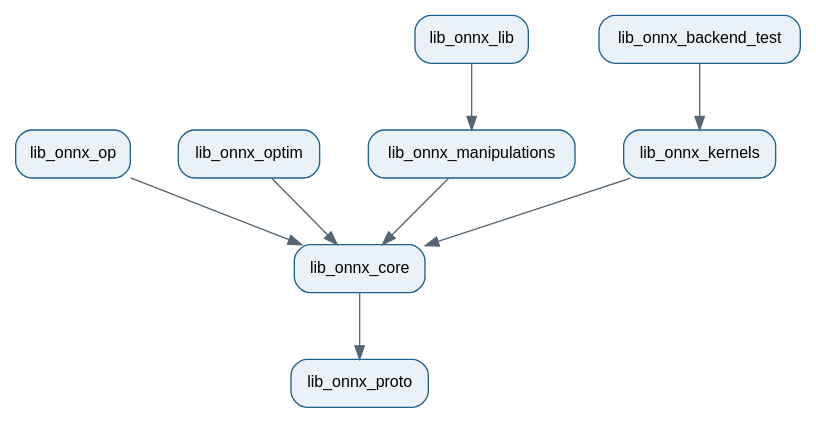
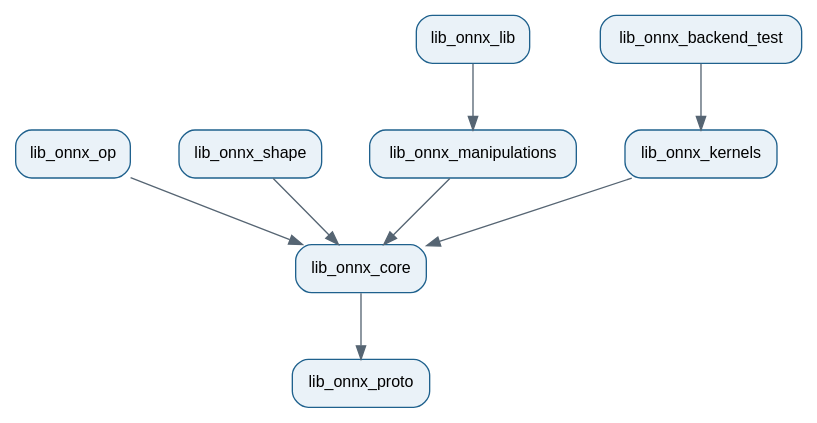
Before and after one commit to xadupre/onnx-light: the diagram in docs/design/_static/library_split.dot, drawn with Graphviz. The commit also changed 596 other files, not shown here.

Commit message:
Rename onnx_optim module to onnx_shapes and lib_onnx_optim to lib_onnx_shape

```diff
--- a/docs/design/_static/library_split.dot
+++ b/docs/design/_static/library_split.dot
@@ -1,15 +1,15 @@
 digraph library_split {
     rankdir=TB;
     nodesep=0.5;
     ranksep=0.7;
     node [shape=box, style="rounded,filled", fillcolor="#EAF2F8", fontname="Helvetica", fontsize=12, color="#1F618D"];
     edge [fontname="Helvetica", fontsize=10, color="#566573"];
 
     lib_onnx_core -> lib_onnx_proto;
     lib_onnx_op -> lib_onnx_core;
-    lib_onnx_optim -> lib_onnx_core;
+    lib_onnx_shape -> lib_onnx_core;
     lib_onnx_manipulations -> lib_onnx_core;
     lib_onnx_kernels -> lib_onnx_core;
     lib_onnx_lib -> lib_onnx_manipulations;
     lib_onnx_backend_test -> lib_onnx_kernels;
 }
```
